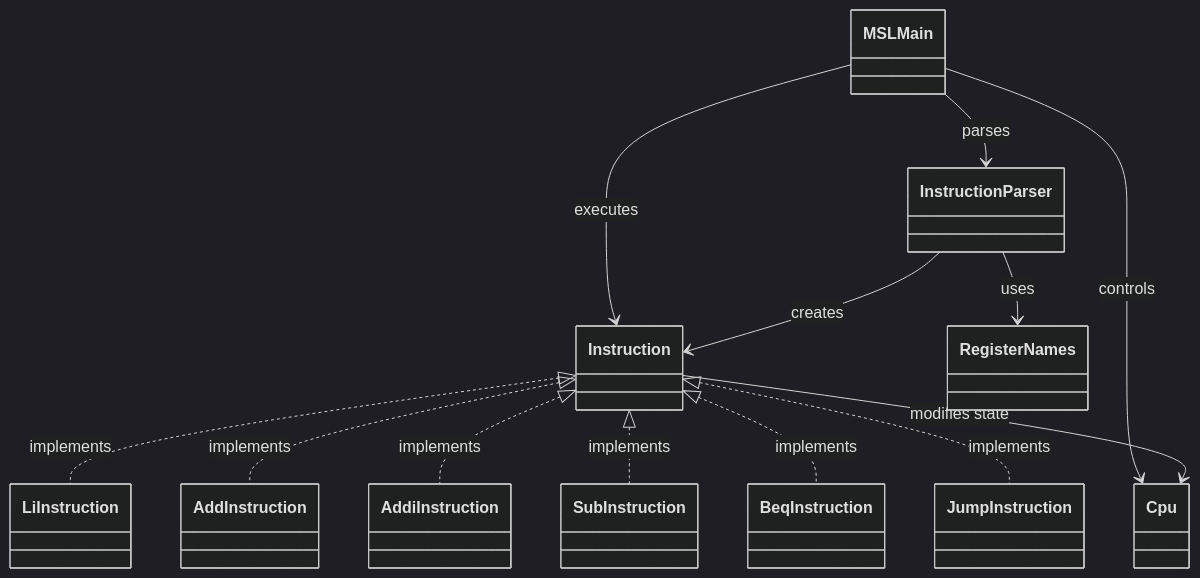
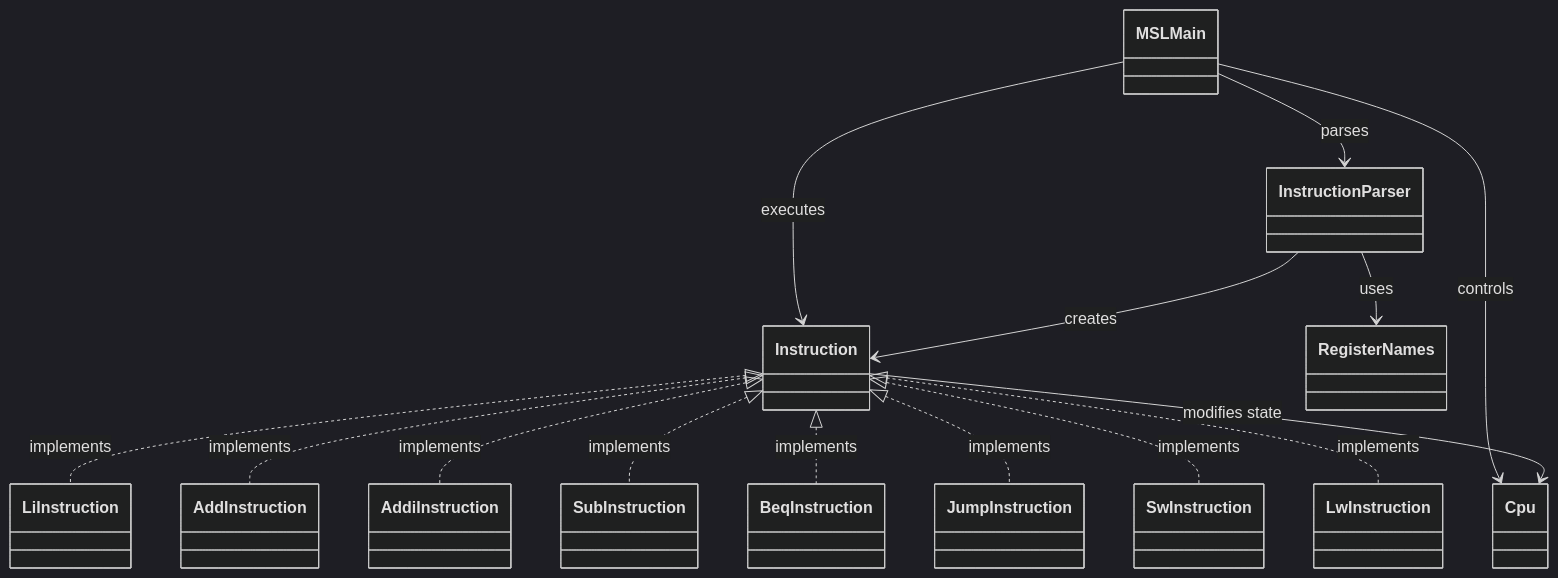
One commit to mkunori/MipsStepLab changed the diagram in README.md. Above: the diagram before and after it, drawn with Mermaid (dark theme). The commit also changed other lines of this file and 5 other files, not shown here.

````diff
--- a/README.md
+++ b/README.md
@@ -61,27 +67,31 @@
 ```mermaid
 classDiagram
   class MSLMain
   class Cpu
   class Instruction
   class LiInstruction
   class AddInstruction
   class AddiInstruction
   class SubInstruction
   class BeqInstruction
   class JumpInstruction
+  class SwInstruction
+  class LwInstruction
 
   Instruction <|.. LiInstruction : implements
   Instruction <|.. AddInstruction : implements
   Instruction <|.. AddiInstruction : implements
   Instruction <|.. SubInstruction : implements
   Instruction <|.. BeqInstruction : implements
   Instruction <|.. JumpInstruction : implements
+  Instruction <|.. SwInstruction : implements
+  Instruction <|.. LwInstruction : implements
 
   MSLMain --> InstructionParser : parses
   MSLMain --> Cpu : controls
   MSLMain --> Instruction : executes
 
   Instruction --> Cpu : modifies state
   InstructionParser --> Instruction : creates
   InstructionParser --> RegisterNames : uses
 ```
````
